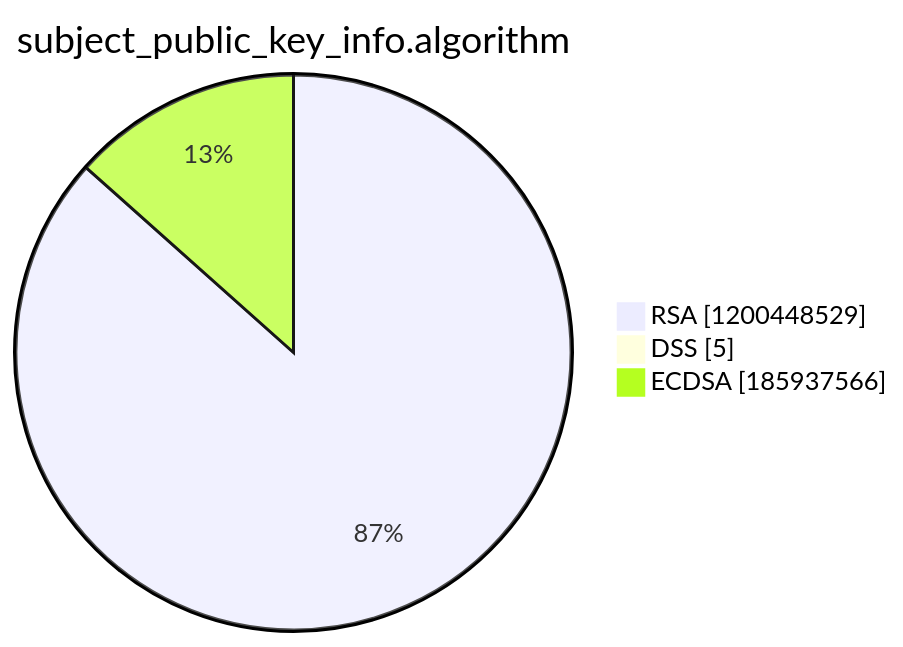
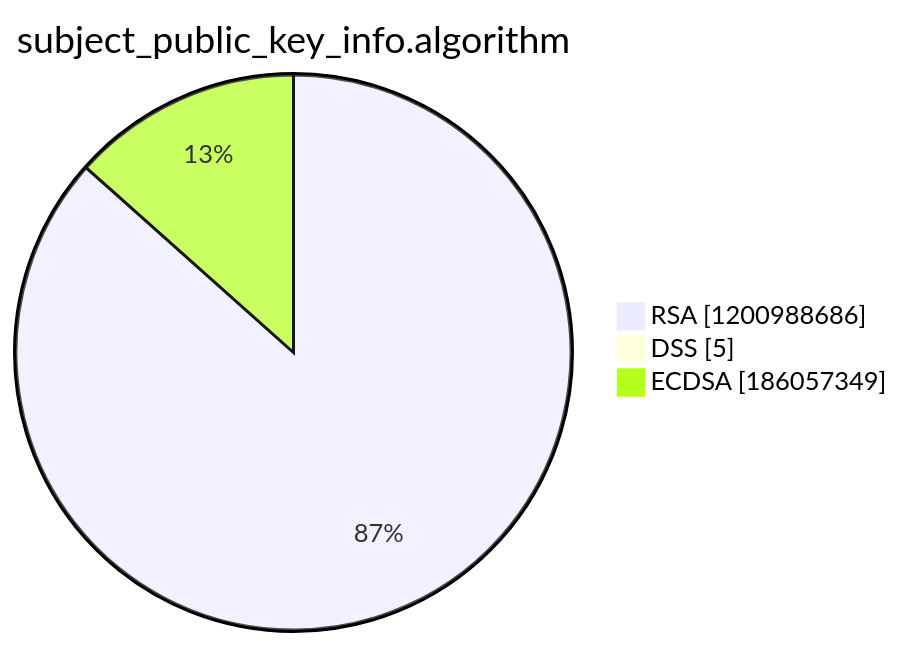
Before and after one commit to christiankrug/ctmonitor_visualization: the third of 15 diagrams in argon2022/README.md, drawn with Mermaid. The commit also changed other lines of this file, not shown here.

````diff
--- a/argon2022/README.md
+++ b/argon2022/README.md
@@ -14,7 +14,7 @@
 ```mermaid
 pie showData
 title subject_public_key_info.algorithm
-"RSA" :1200448529
+"RSA" :1200988686
 "DSS" :5
-"ECDSA" :185937566
+"ECDSA" :186057349
 ```
````
